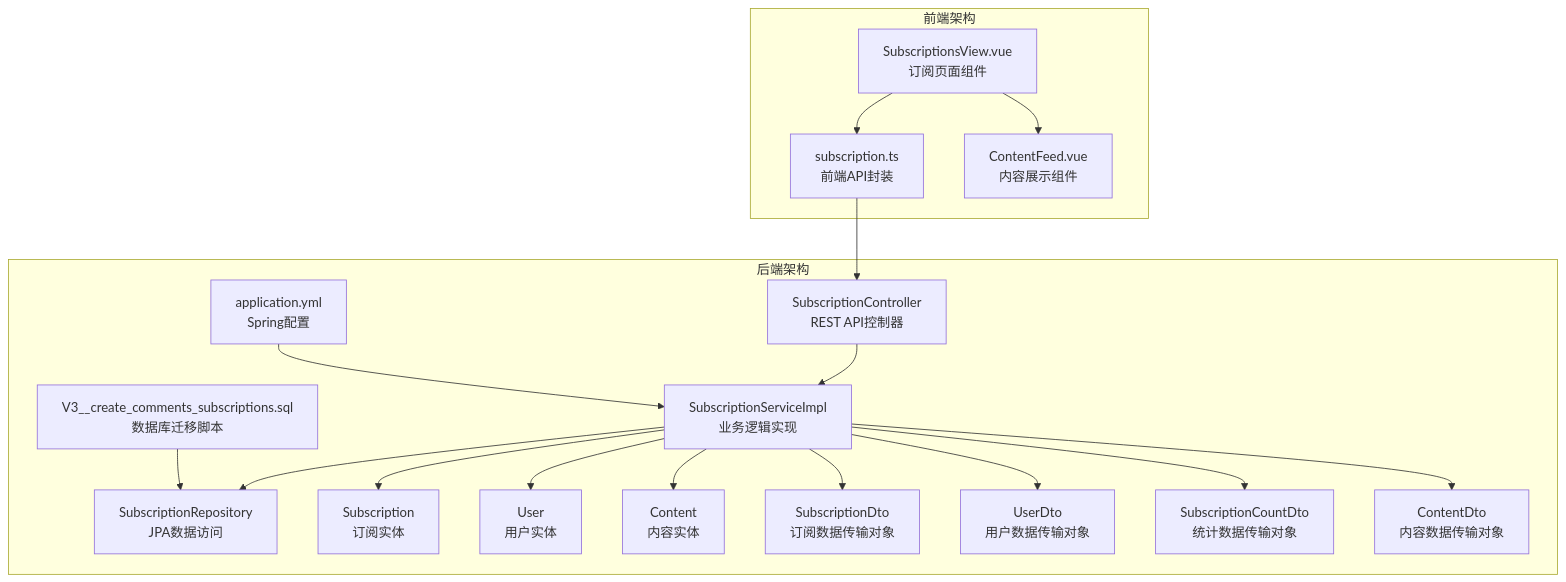
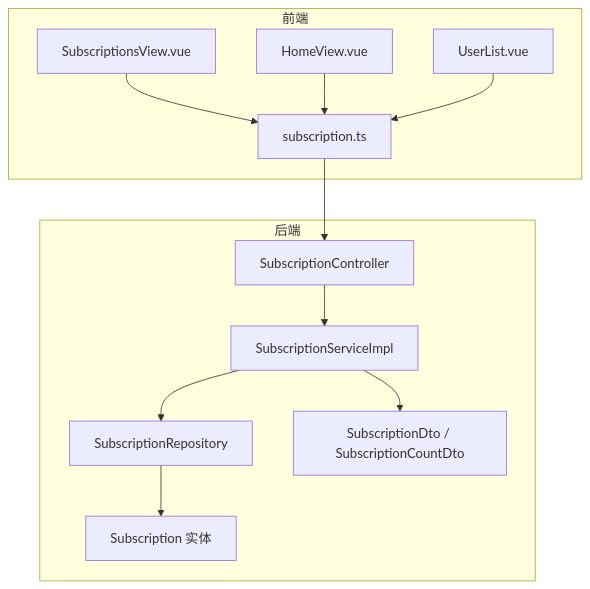
One commit to koala-xiong/communication-qoder changed the first of 8 diagrams in .qoder/repowiki/zh/content/订阅系统.md. Above: the diagram before and after it, drawn with Mermaid. The commit also changed other lines of this file and 73 other files, not shown here.

````diff
--- a/.qoder/repowiki/zh/content/订阅系统.md
+++ b/.qoder/repowiki/zh/content/订阅系统.md
@@ -55,35 +52,24 @@
 ```mermaid
 graph TB
-subgraph "后端架构"
-C["SubscriptionController<br/>REST API控制器"]
-S["SubscriptionServiceImpl<br/>业务逻辑实现"]
-R["SubscriptionRepository<br/>JPA数据访问"]
-E1["Subscription<br/>订阅实体"]
-E2["User<br/>用户实体"]
-E3["Content<br/>内容实体"]
-D1["SubscriptionDto<br/>订阅数据传输对象"]
-D2["UserDto<br/>用户数据传输对象"]
-D3["SubscriptionCountDto<br/>统计数据传输对象"]
-D4["ContentDto<br/>内容数据传输对象"]
-CFG["application.yml<br/>Spring配置"]
-MIG["V3__create_comments_subscriptions.sql<br/>数据库迁移脚本"]
+subgraph "前端"
+FE_SubView["SubscriptionsView.vue"]
+FE_Home["HomeView.vue"]
+FE_UserList["UserList.vue"]
+FE_API["subscription.ts"]
 end
-subgraph "前端架构"
-FE_API["subscription.ts<br/>前端API封装"]
-FE_VIEW["SubscriptionsView.vue<br/>订阅页面组件"]
-FE_CONTENT["ContentFeed.vue<br/>内容展示组件"]
+subgraph "后端"
+BE_Controller["SubscriptionController"]
+BE_Service["SubscriptionServiceImpl"]
+BE_Repo["SubscriptionRepository"]
+BE_Entity["Subscription 实体"]
+BE_DTO["SubscriptionDto / SubscriptionCountDto"]
 end
-C --> S --> R
-S --> E1
-S --> E2
-S --> E3
-S --> D1
-S --> D2
-S --> D3
-S --> D4
-CFG --> S
-MIG --> R
-FE_API --> C
-FE_VIEW --> FE_API
-FE_VIEW --> FE_CONTENT
+FE_SubView --> FE_API
+FE_Home --> FE_API
+FE_UserList --> FE_API
+FE_API --> BE_Controller
+BE_Controller --> BE_Service
+BE_Service --> BE_Repo
+BE_Repo --> BE_Entity
+BE_Service --> BE_DTO
 ```
````
